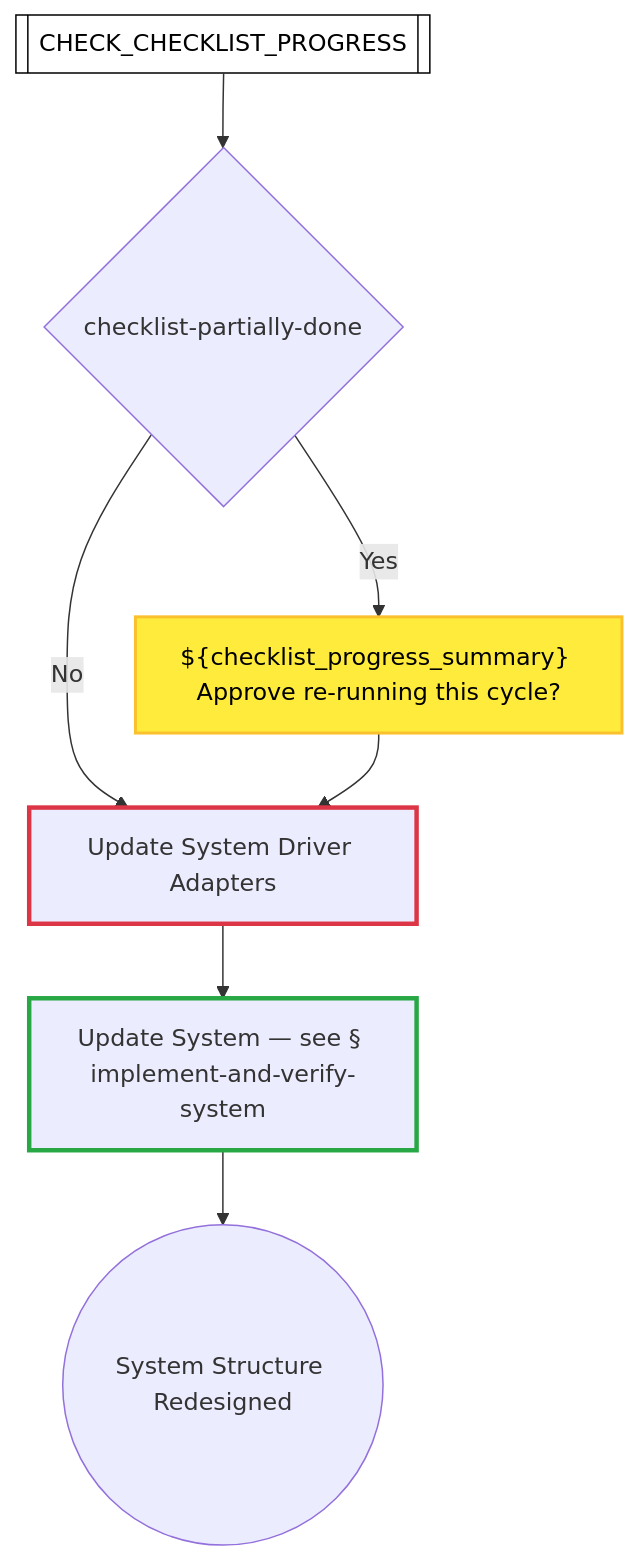
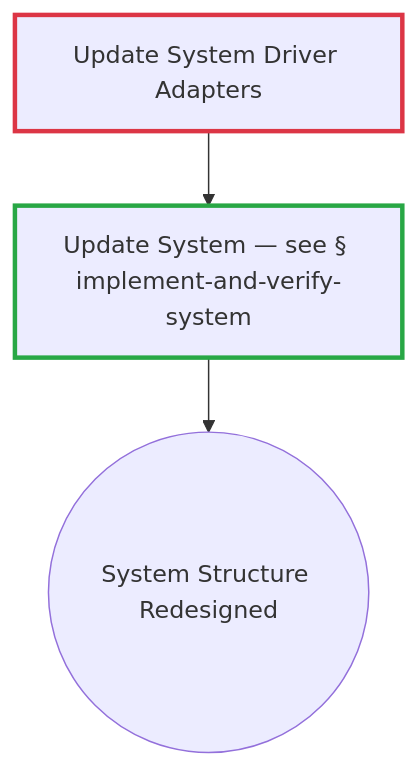
One commit to optivem/gh-optivem changed the ninth of 53 diagrams in docs/process-diagram.md. Above: the diagram before and after it, drawn with Mermaid. The commit also changed other lines of this file and 89 other files, not shown here.

Commit message:
atdd: regenerate process-flow diagram

````diff
--- a/docs/process-diagram.md
+++ b/docs/process-diagram.md
@@ -246,28 +214,15 @@
 ```mermaid
 flowchart TD
-    CHECK_CHECKLIST_PROGRESS[[CHECK_CHECKLIST_PROGRESS]]
-    GATE_CHECKLIST_PARTIALLY_DONE{checklist-partially-done}
     IMPLEMENT_AND_VERIFY_SYSTEM[Update System — see § implement-and-verify-system]
     REDESIGN_END((System Structure Redesigned))
-    STOP_CHECKLIST_PARTIALLY_DONE["${checklist_progress_summary} Approve re-running this cycle?"]
     UPDATE_SYSTEM_DRIVER_ADAPTERS[Update System Driver Adapters]
 
-    CHECK_CHECKLIST_PROGRESS --> GATE_CHECKLIST_PARTIALLY_DONE
-    GATE_CHECKLIST_PARTIALLY_DONE -- Yes --> STOP_CHECKLIST_PARTIALLY_DONE
-    GATE_CHECKLIST_PARTIALLY_DONE -- No --> UPDATE_SYSTEM_DRIVER_ADAPTERS
-    STOP_CHECKLIST_PARTIALLY_DONE --> UPDATE_SYSTEM_DRIVER_ADAPTERS
     UPDATE_SYSTEM_DRIVER_ADAPTERS --> IMPLEMENT_AND_VERIFY_SYSTEM
     IMPLEMENT_AND_VERIFY_SYSTEM --> REDESIGN_END
-
-    classDef serviceNode fill:#ffffff,stroke:#000000,stroke-width:1px,color:#000000
-    class CHECK_CHECKLIST_PROGRESS serviceNode
-
-    classDef humanNode fill:#ffeb3b,stroke:#fbc02d,stroke-width:2px,color:#000000
-    class STOP_CHECKLIST_PARTIALLY_DONE humanNode
 
     classDef tddRedNode stroke:#dc3545,stroke-width:3px
     class UPDATE_SYSTEM_DRIVER_ADAPTERS tddRedNode
 
     classDef tddGreenNode stroke:#28a745,stroke-width:3px
     class IMPLEMENT_AND_VERIFY_SYSTEM tddGreenNode
 ```
````
